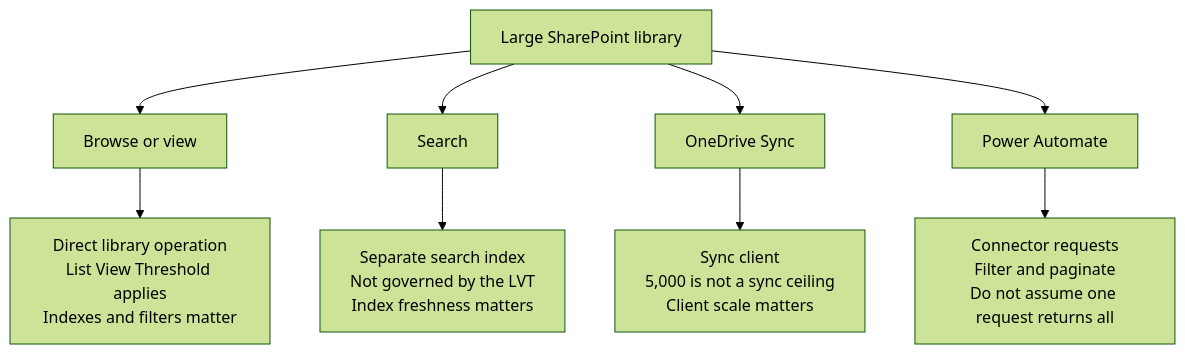
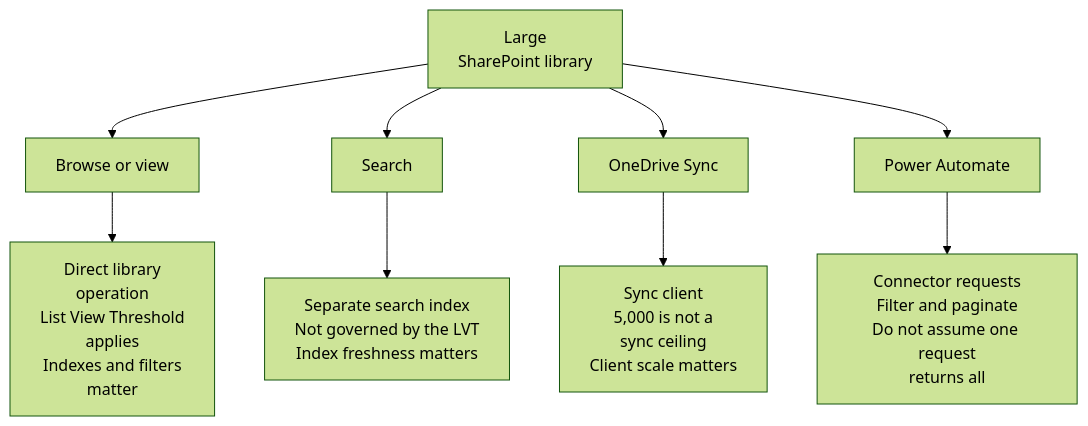
The diagram in blog/2026-09-19-sharepoint-5000-item-view-threshold-explained.mdx (DwayneSelsig/M365wizard), drawn with Mermaid (forest theme) before and after one commit. The commit also changed 1 other file, not shown here.

Commit message:
Refactor Mermaid diagram formatting for improved readability in SharePoint 5,000 Item View Threshold explanation

````diff
--- a/blog/2026-09-19-sharepoint-5000-item-view-threshold-explained.mdx
+++ b/blog/2026-09-19-sharepoint-5000-item-view-threshold-explained.mdx
@@ -36,14 +36,14 @@
 ```mermaid
 flowchart TD
-    Library["Large SharePoint library"]
+    Library["Large<br/>SharePoint library"]
 
     Library --> View["Browse or view"]
     Library --> Search["Search"]
     Library --> Sync["OneDrive Sync"]
     Library --> Automation["Power Automate"]
 
-    View --> ViewRule["Direct library operation<br/>List View Threshold applies<br/>Indexes and filters matter"]
+    View --> ViewRule["Direct library<br/>operation<br/>List View Threshold<br/>applies<br/>Indexes and filters<br/>matter"]
     Search --> SearchRule["Separate search index<br/>Not governed by the LVT<br/>Index freshness matters"]
-    Sync --> SyncRule["Sync client<br/>5,000 is not a sync ceiling<br/>Client scale matters"]
-    Automation --> AutoRule["Connector requests<br/>Filter and paginate<br/>Do not assume one request returns all"]
+    Sync --> SyncRule["Sync client<br/>5,000 is not a<br/>sync ceiling<br/>Client scale matters"]
+    Automation --> AutoRule["Connector requests<br/>Filter and paginate<br/>Do not assume one request<br/>returns all"]
 ```
````
